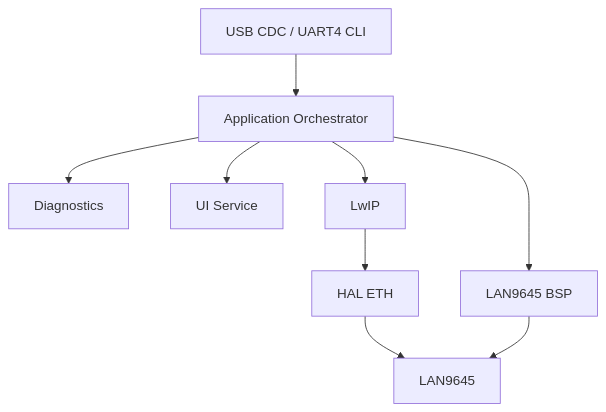
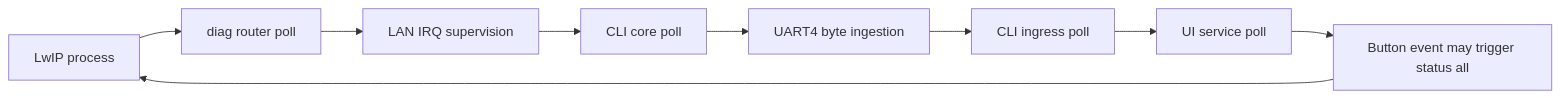
Before and after one commit to SamuelCicuitStudio/LAN9645-STM32-Managed-Ethernet-Switch: the fourth of 9 diagrams in README.md, drawn with Mermaid. The commit also changed other lines of this file, not shown here.

Commit message:
Expand root handbook with detailed LAN9645 and CLI docs

````diff
--- a/README.md
+++ b/README.md
@@ -354,20 +805,11 @@
 ```mermaid
-flowchart TD
-    CLI[USB CDC / UART4 CLI]
-    APP[Application Orchestrator]
-    DIAG[Diagnostics]
-    UI[UI Service]
-    LANLIB[LAN9645 BSP]
-    LWIP[LwIP]
-    ETH[HAL ETH]
-    LAN[LAN9645]
-
-    CLI --> APP
-    APP --> DIAG
-    APP --> UI
-    APP --> LANLIB
-    APP --> LWIP
-    LWIP --> ETH
-    ETH --> LAN
-    LANLIB --> LAN
+flowchart LR
+    A[LwIP process] --> B[diag router poll]
+    B --> C[LAN IRQ supervision]
+    C --> D[CLI core poll]
+    D --> E[UART4 byte ingestion]
+    E --> F[CLI ingress poll]
+    F --> G[UI service poll]
+    G --> H[Button event may trigger status all]
+    H --> A
 ```
````
